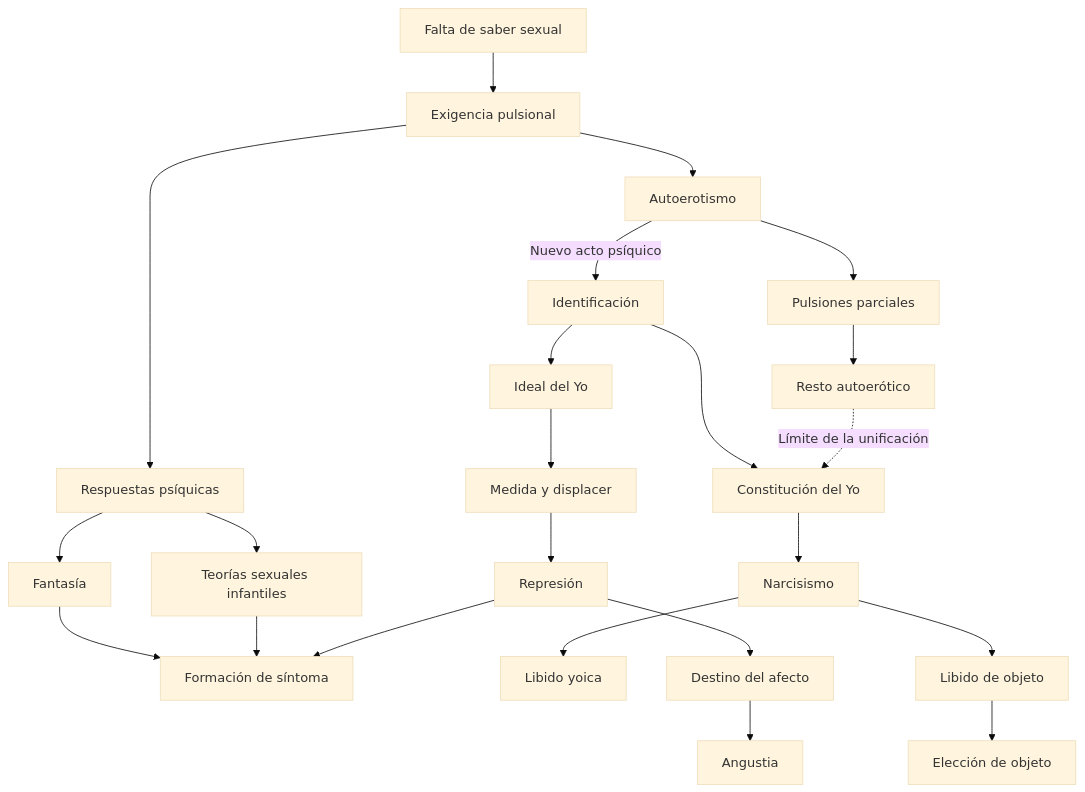
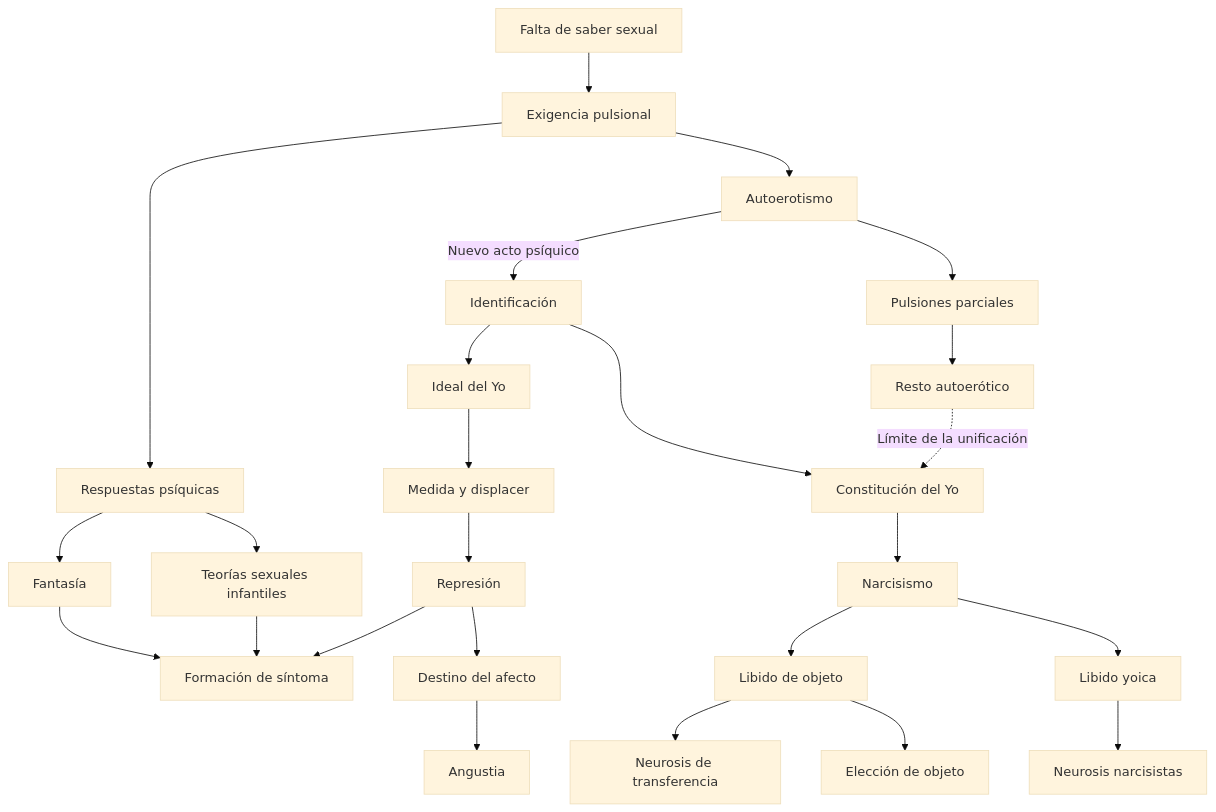
The first of 5 diagrams in libro/bookops/01-mapa-de-cursada/03-seminarios.md (javifernandes/psicoanalisis-freud-laznik-book-2do-parcial), drawn with Mermaid (base theme) before and after one commit. The commit also changed other lines of this file and 5 other files, not shown here.

````diff
--- a/libro/bookops/01-mapa-de-cursada/03-seminarios.md
+++ b/libro/bookops/01-mapa-de-cursada/03-seminarios.md
@@ -13,25 +13,27 @@
 ```mermaid
 flowchart TD
   A["Falta de saber sexual"] --> B["Exigencia pulsional"]
   B --> C["Respuestas psíquicas"]
   C --> D["Fantasía"]
   C --> E["Teorías sexuales infantiles"]
   D --> F["Formación de síntoma"]
   E --> F
   B --> G["Autoerotismo"]
   G --> H["Pulsiones parciales"]
   G -->|"Nuevo acto psíquico"| I["Identificación"]
   I --> J["Constitución del Yo"]
   J --> K["Narcisismo"]
   K --> L["Libido yoica"]
   K --> M["Libido de objeto"]
   M --> N["Elección de objeto"]
+  M --> U["Neurosis de transferencia"]
+  L --> V["Neurosis narcisistas"]
   I --> O["Ideal del Yo"]
   O --> P["Medida y displacer"]
   P --> Q["Represión"]
   Q --> F
   Q --> R["Destino del afecto"]
   R --> S["Angustia"]
   H --> T["Resto autoerótico"]
   T -.->|"Límite de la unificación"| J
 ```
````
